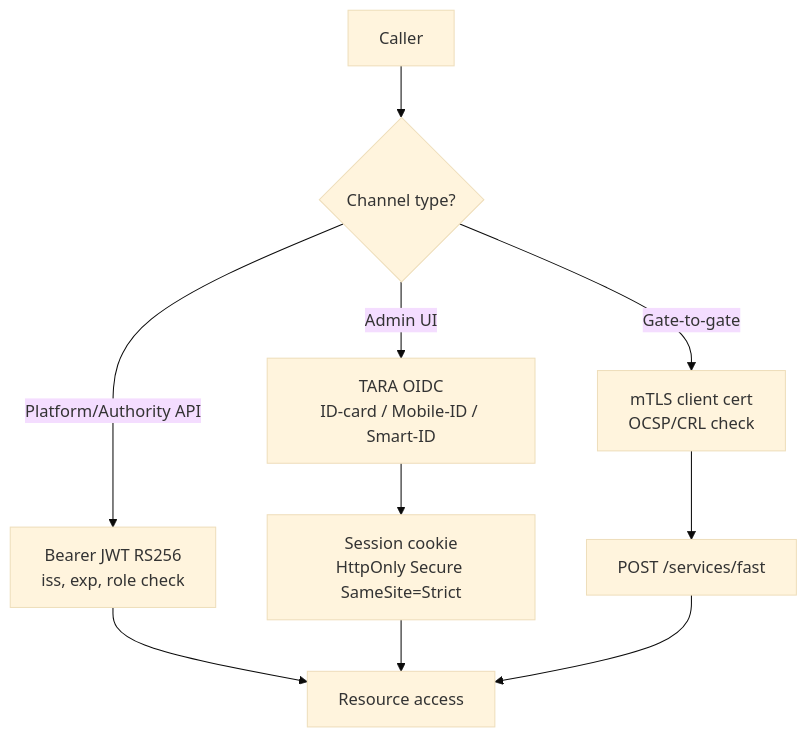
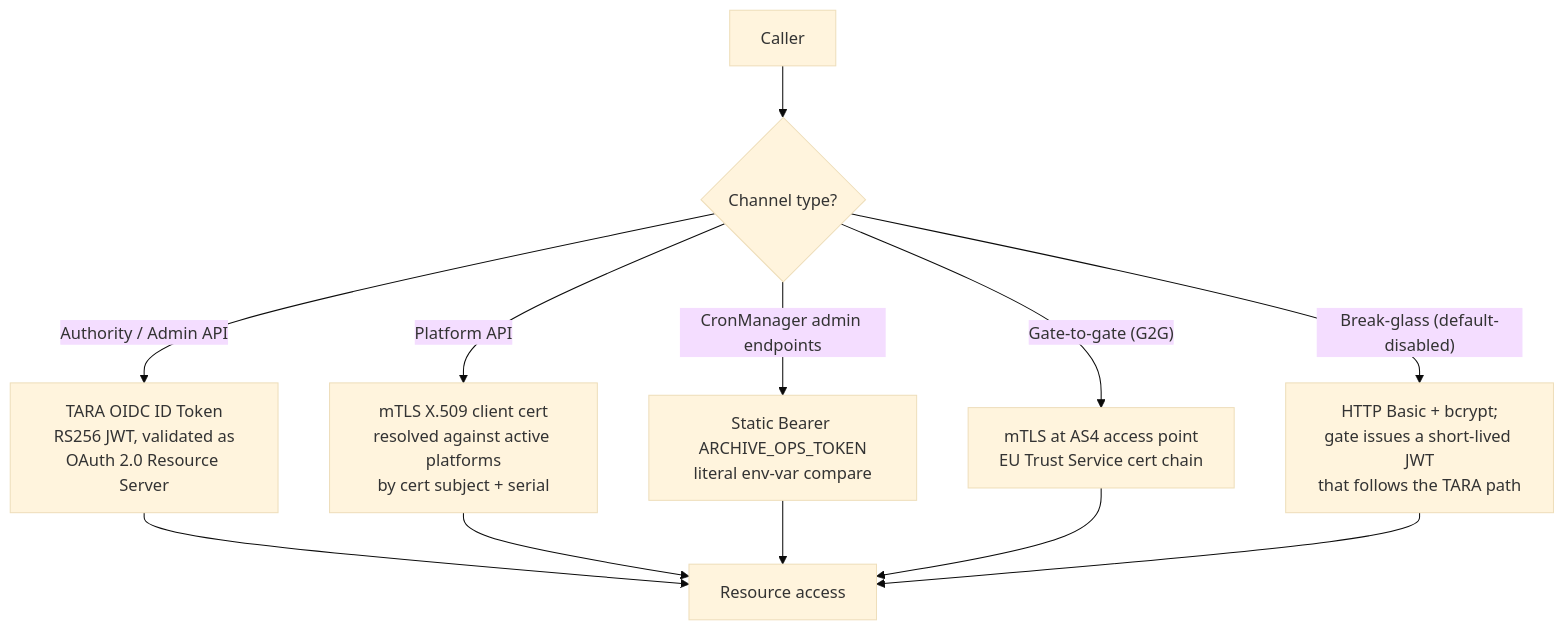
Before and after one commit to kemit-ee/efti-gate-ee: the diagram in docs/epics/epic_2_en.md, drawn with Mermaid (base theme). The commit also changed other lines of this file and 32 other files, not shown here.

First line of the commit message:
spec: principle — contract not code; strip SQL queries from non-schema files; declare break-glass + revoke-token contracts

````diff
--- a/docs/epics/epic_2_en.md
+++ b/docs/epics/epic_2_en.md
@@ -13,12 +13,14 @@
 ```mermaid
 flowchart TD
     Caller[Caller] --> Channel{Channel type?}
-    Channel -- Admin UI --> TARA[TARA OIDC<br/>ID-card / Mobile-ID / Smart-ID]
-    TARA --> Session[Session cookie<br/>HttpOnly Secure SameSite=Strict]
-    Channel -- Platform/Authority API --> JWT[Bearer JWT RS256<br/>iss, exp, role check]
-    JWT --> Resource[Resource access]
-    Channel -- Gate-to-gate --> MTLS[mTLS client cert<br/>OCSP/CRL check]
-    MTLS --> Fast[POST /services/fast]
-    Session --> Resource
-    Fast --> Resource
+    Channel -- Authority / Admin API --> TARA[TARA OIDC ID Token<br/>RS256 JWT, validated as<br/>OAuth 2.0 Resource Server]
+    Channel -- Platform API --> MTLSp[mTLS X.509 client cert<br/>resolved against active platforms<br/>by cert subject + serial]
+    Channel -- CronManager admin endpoints --> Ops[Static Bearer ARCHIVE_OPS_TOKEN<br/>literal env-var compare]
+    Channel -- Gate-to-gate (G2G) --> MTLSg[mTLS at AS4 access point<br/>EU Trust Service cert chain]
+    Channel -- Break-glass (default-disabled) --> BG[HTTP Basic + bcrypt;<br/>gate issues a short-lived JWT<br/>that follows the TARA path]
+    TARA --> Resource[Resource access]
+    MTLSp --> Resource
+    Ops --> Resource
+    MTLSg --> Resource
+    BG --> Resource
 ```
````
